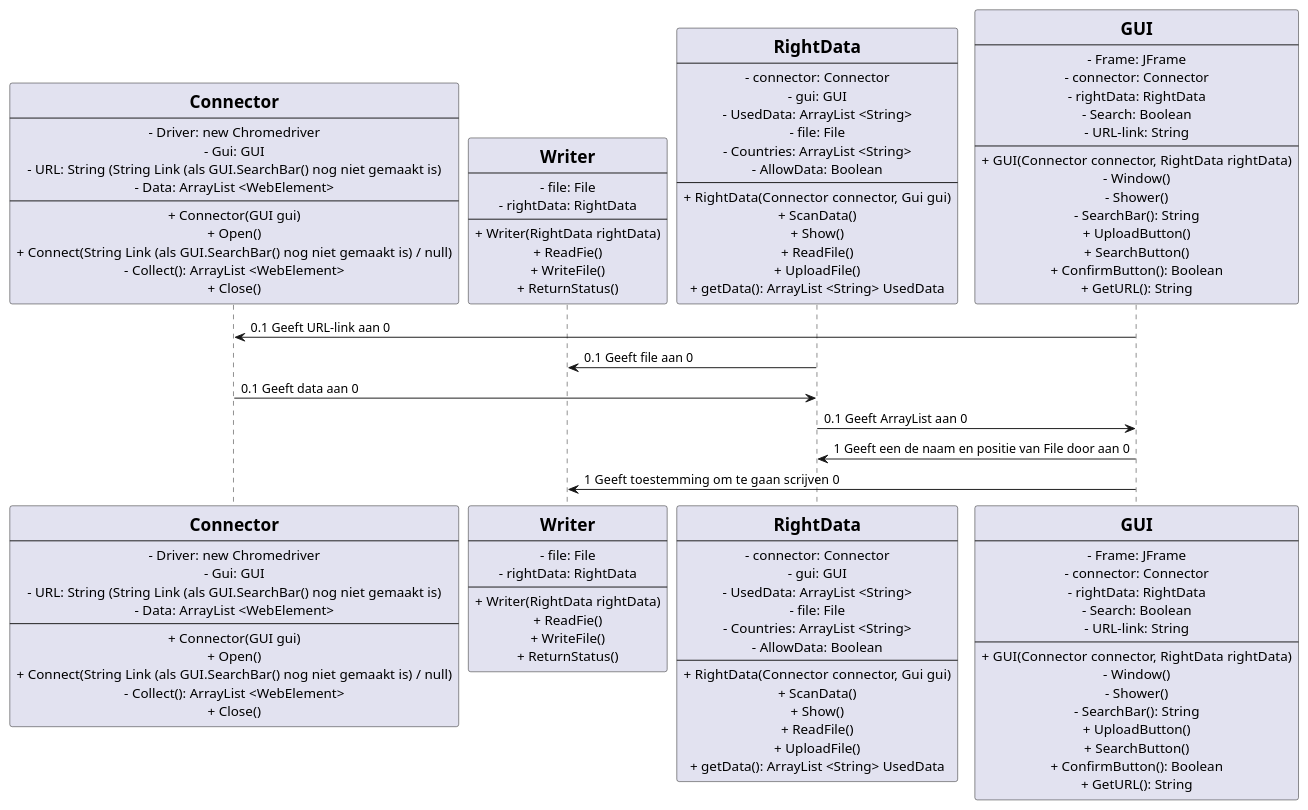
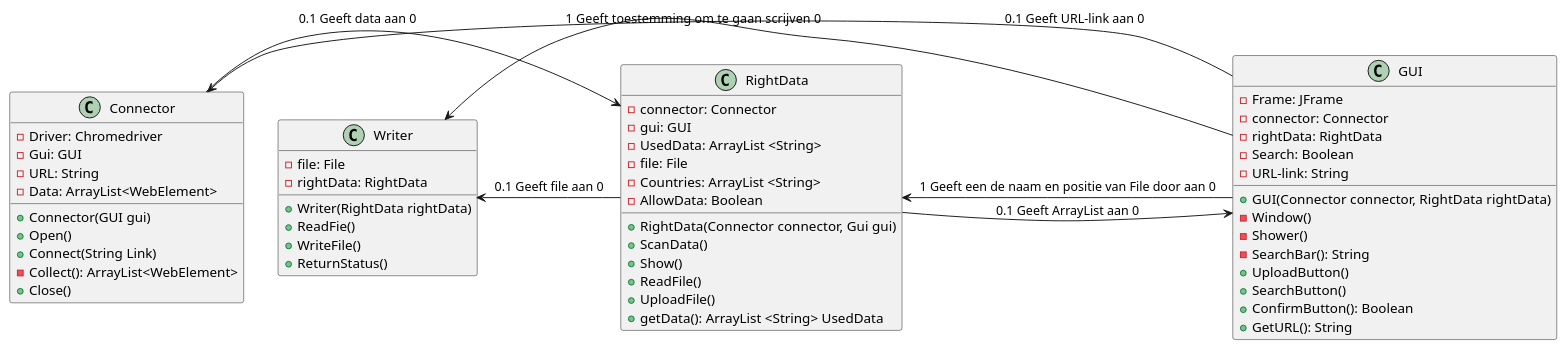
Before and after one commit to Jarnovis/De_Staten_Scanner_-Excel_Versie-: the diagram in UML- en tetxtfiles/UML Diagram.puml, drawn with PlantUML.

Commit message:
Right UML

```diff
--- a/UML- en tetxtfiles/UML Diagram.puml
+++ b/UML- en tetxtfiles/UML Diagram.puml
@@ -1,75 +1,66 @@
 @startuml
 'https://plantuml.com/sequence-
-participant Connector[
-=Connector
-----
-- Driver: new Chromedriver
-- Gui: GUI
-- URL: String (String Link (als GUI.SearchBar() nog niet gemaakt is)
-- Data: ArrayList <WebElement>
-----
-+ Connector(GUI gui)
-+ Open()
-+ Connect(String Link (als GUI.SearchBar() nog niet gemaakt is) / null)
-- Collect(): ArrayList <WebElement>
-+ Close()
-]
+class Connector {
+    - Driver: Chromedriver
+    - Gui: GUI
+    - URL: String
+    - Data: ArrayList<WebElement>
 
-participant Writer[
-=Writer
-----
-- file: File
-- rightData: RightData
-----
-+ Writer(RightData rightData)
-+ ReadFie()
-+ WriteFile()
-+ ReturnStatus()
-]
+    + Connector(GUI gui)
+    + Open()
+    + Connect(String Link)
+    - Collect(): ArrayList<WebElement>
+    + Close()
+}
 
-participant RightData[
-=RightData
-----
-- connector: Connector
-- gui: GUI
-- UsedData: ArrayList <String>
-- file: File
-- Countries: ArrayList <String>
-- AllowData: Boolean
-----
-+ RightData(Connector connector, Gui gui)
-+ ScanData()
-+ Show()
-+ ReadFile()
-+ UploadFile()
-+ getData(): ArrayList <String> UsedData
-]
+class Writer{
+    - file: File
+    - rightData: RightData
 
-participant GUI[
-=GUI
-----
-- Frame: JFrame
-- connector: Connector
-- rightData: RightData
-- Search: Boolean
-- URL-link: String
-----
-+ GUI(Connector connector, RightData rightData)
-- Window()
-- Shower()
-- SearchBar(): String
-+ UploadButton()
-+ SearchButton()
-+ ConfirmButton(): Boolean
-+ GetURL(): String
-]
+    + Writer(RightData rightData)
+    + ReadFie()
+    + WriteFile()
+    + ReturnStatus()
+}
+
+class RightData{
+    - connector: Connector
+    - gui: GUI
+    - UsedData: ArrayList <String>
+    - file: File
+    - Countries: ArrayList <String>
+    - AllowData: Boolean
+
+    + RightData(Connector connector, Gui gui)
+    + ScanData()
+    + Show()
+    + ReadFile()
+    + UploadFile()
+    + getData(): ArrayList <String> UsedData
+ }
+
+class GUI{
+    - Frame: JFrame
+    - connector: Connector
+    - rightData: RightData
+    - Search: Boolean
+    - URL-link: String
+
+    + GUI(Connector connector, RightData rightData)
+    - Window()
+    - Shower()
+    - SearchBar(): String
+    + UploadButton()
+    + SearchButton()
+    + ConfirmButton(): Boolean
+    + GetURL(): String
+}
 
 Connector <- GUI: 0.1 Geeft URL-link aan 0
 Writer <- RightData: 0.1 Geeft file aan 0
 Connector -> RightData: 0.1 Geeft data aan 0
 RightData -> GUI: 0.1 Geeft ArrayList aan 0
 RightData <- GUI: 1 Geeft een de naam en positie van File door aan 0
 Writer <- GUI: 1 Geeft toestemming om  te gaan scrijven 0
 
-autonumber
 @enduml
```
